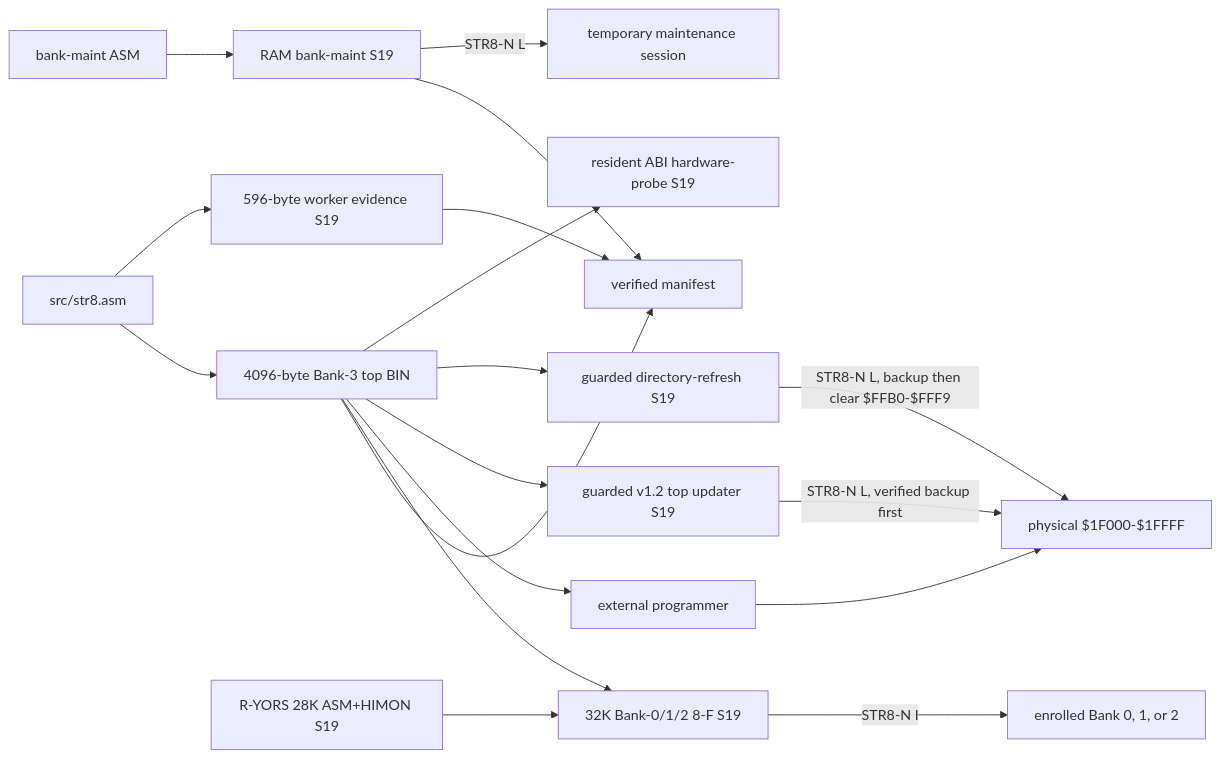
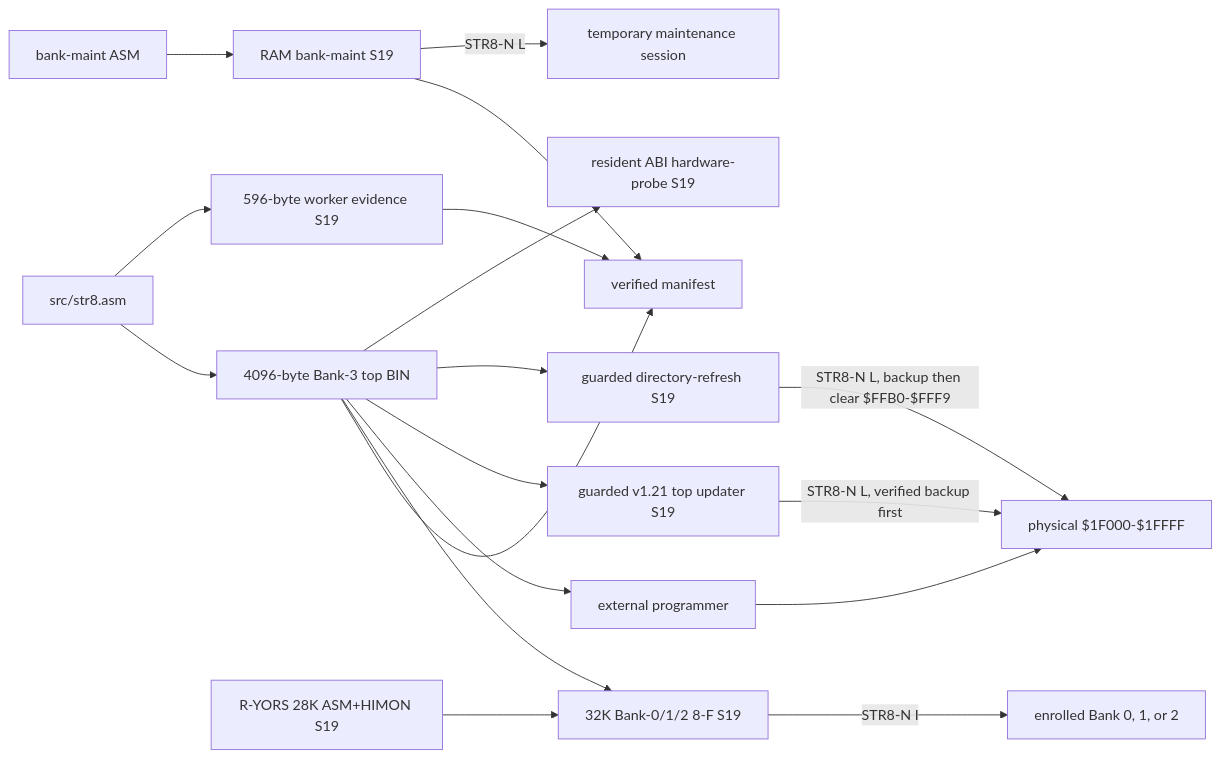
Before and after one commit to 95westus/STR8-N: the second of 12 diagrams in docs/MAPS.md, drawn with Mermaid. The commit also changed other lines of this file and 30 other files, not shown here.

````diff
--- a/docs/MAPS.md
+++ b/docs/MAPS.md
@@ -38,20 +38,20 @@
 ```mermaid
 flowchart LR
     SRC[src/str8.asm] --> TOP[4096-byte Bank-3 top BIN]
     SRC --> WORKER[596-byte worker evidence S19]
     BM_SRC[bank-maint ASM] --> BM[RAM bank-maint S19]
     TOP --> MANIFEST[verified manifest]
     WORKER --> MANIFEST
     BM --> MANIFEST
     RY[R-YORS 28K ASM+HIMON S19] --> FULL[32K Bank-0/1/2 8-F S19]
     TOP --> FULL
     TOP --> PROGRAMMER[external programmer]
     PROGRAMMER --> B3F[physical $1F000-$1FFFF]
-    TOP --> UPDATE[guarded v1.2 top updater S19]
+    TOP --> UPDATE[guarded v1.21 top updater S19]
     UPDATE -->|STR8-N L, verified backup first| B3F
     TOP --> REFRESH[guarded directory-refresh S19]
     REFRESH -->|STR8-N L, backup then clear $FFB0-$FFF9| B3F
     TOP --> ABI_TEST[resident ABI hardware-probe S19]
     BM -->|STR8-N L| RAM_TOOL[temporary maintenance session]
     FULL -->|STR8-N I| GUEST[enrolled Bank 0, 1, or 2]
 ```
````
